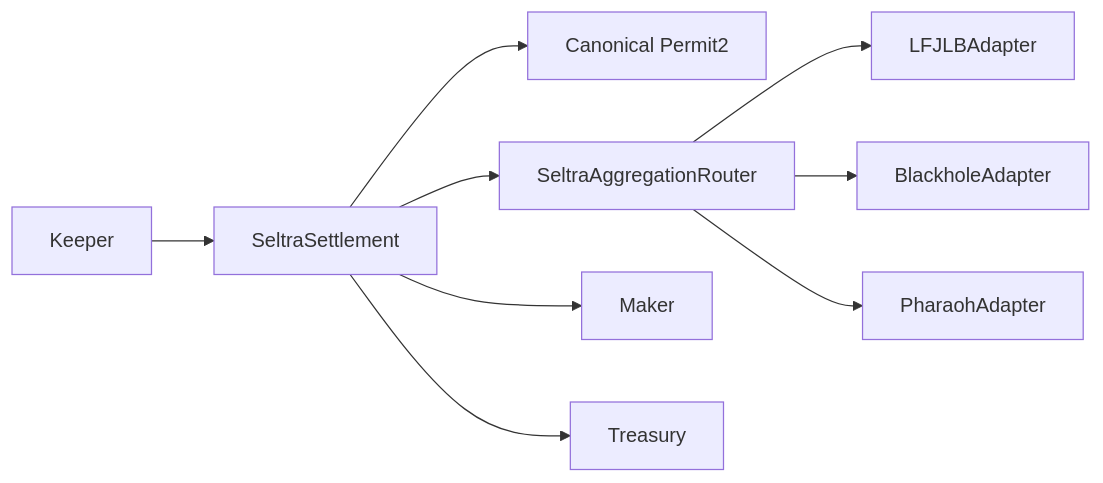
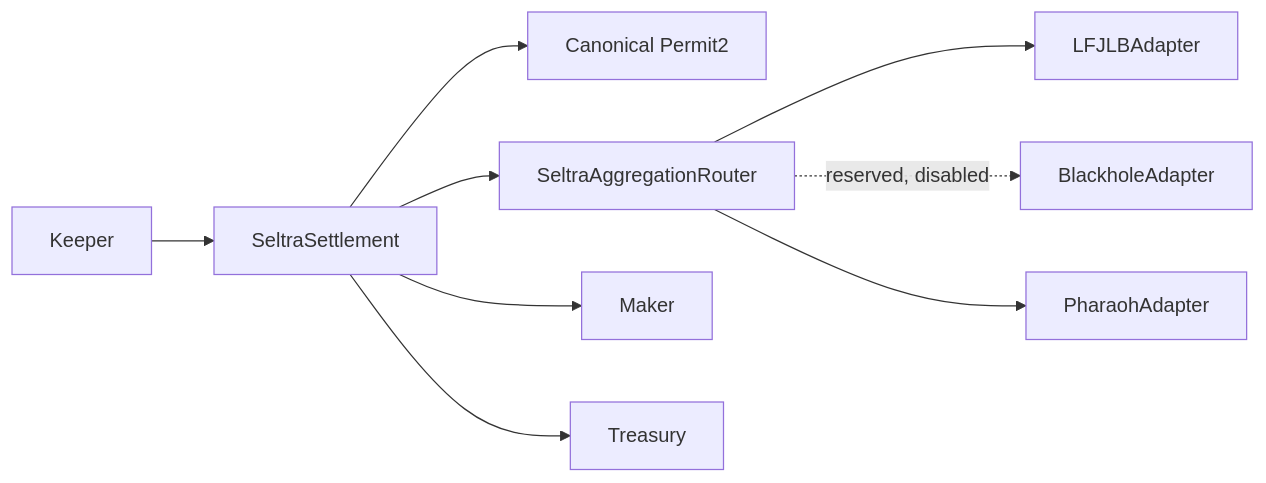
Before and after one commit to Seltra-Finance/Limit-Order-Frontend: the diagram in content/docs/contract-reference/index.mdx, drawn with Mermaid. The commit also changed other lines of this file and 19 other files, not shown here.

````diff
--- a/content/docs/contract-reference/index.mdx
+++ b/content/docs/contract-reference/index.mdx
@@ -10,11 +10,11 @@
 ```mermaid
 flowchart LR
     Keeper --> Settlement[SeltraSettlement]
     Settlement --> Permit2[Canonical Permit2]
     Settlement --> Router[SeltraAggregationRouter]
     Router --> LFJ[LFJLBAdapter]
-    Router --> Blackhole[BlackholeAdapter]
+    Router -. reserved, disabled .-> Blackhole[BlackholeAdapter]
     Router --> Pharaoh[PharaohAdapter]
     Settlement --> Maker
     Settlement --> Treasury
 ```
````
